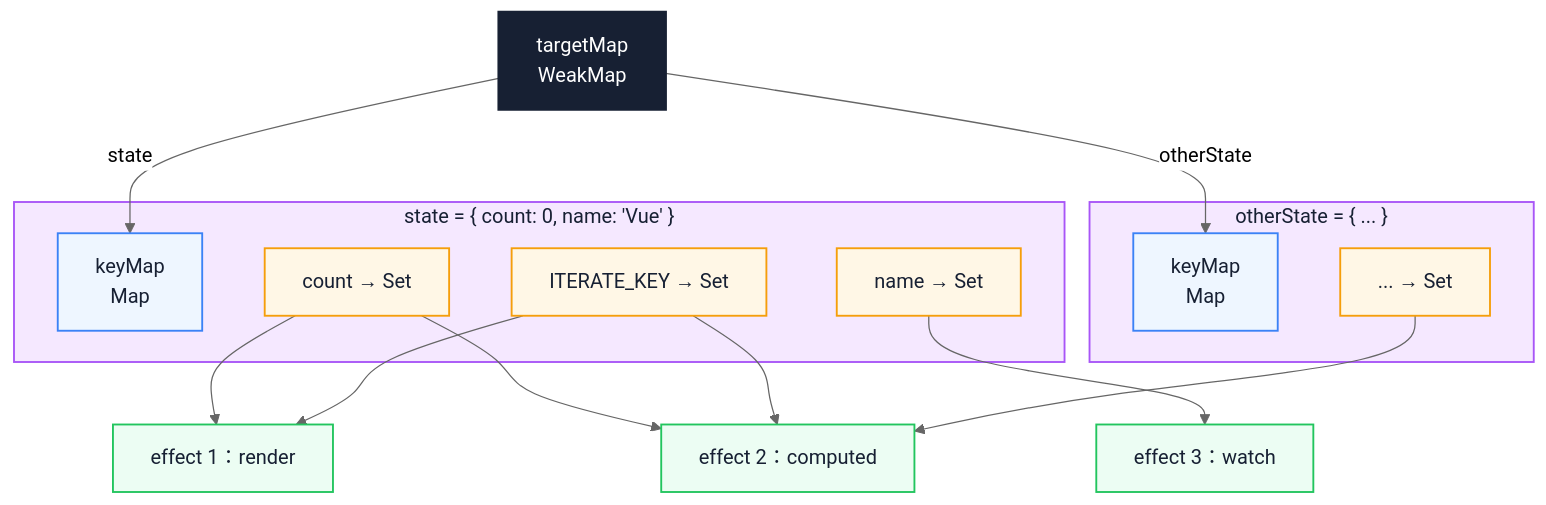
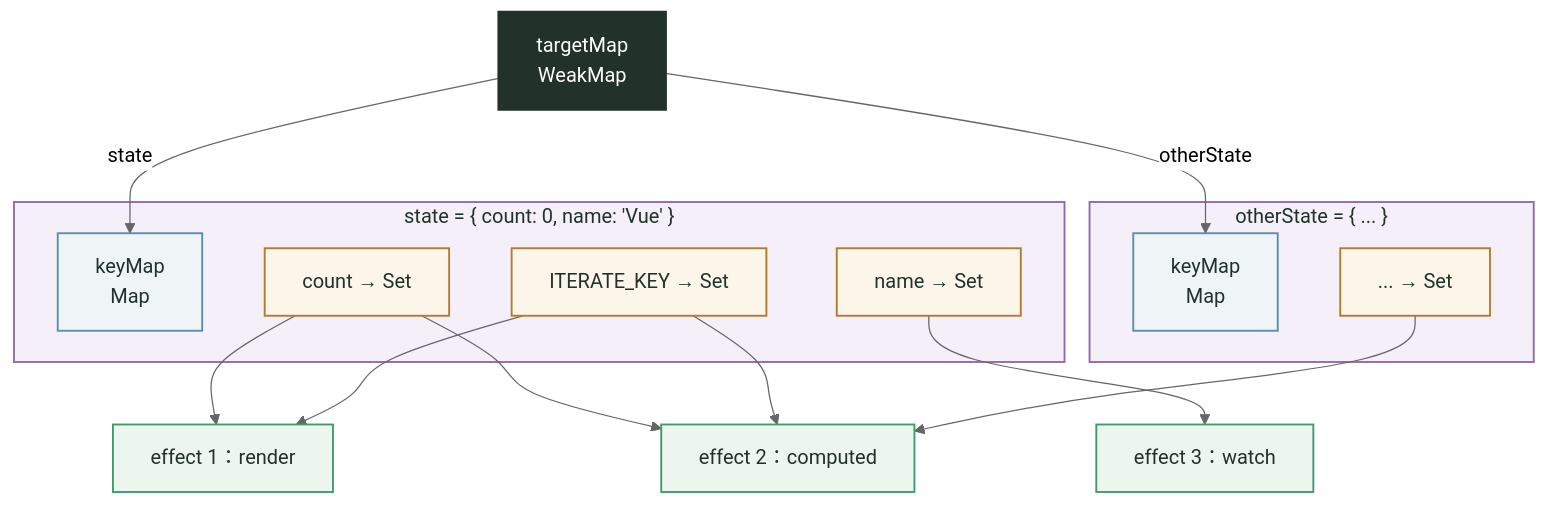
One commit to Fatejian/frontier-vault changed the first of 3 diagrams in docs/frameworks/vue3-reactivity.md. Above: the diagram before and after it, drawn with Mermaid (neutral theme). The commit also changed other lines of this file and 63 other files, not shown here.

````diff
--- a/docs/frameworks/vue3-reactivity.md
+++ b/docs/frameworks/vue3-reactivity.md
@@ -394,39 +394,39 @@
 ```mermaid
 flowchart TB
     TM["targetMap<br/>WeakMap"]
 
     subgraph T1["state = { count: 0, name: 'Vue' }"]
         K1["keyMap<br/>Map"]
         K1A["count → Set"]
         K1B["name → Set"]
         K1C["ITERATE_KEY → Set"]
     end
 
     subgraph T2["otherState = { ... }"]
         K2["keyMap<br/>Map"]
         K2A["... → Set"]
     end
 
     TM -->|state| K1
     TM -->|otherState| K2
 
     K1A --> E1["effect 1：render"]
     K1A --> E2["effect 2：computed"]
     K1B --> E3["effect 3：watch"]
     K1C --> E1
     K1C --> E2
 
     K2A --> E2
 
-    classDef core fill:#172033,color:#fff,stroke:#172033,stroke-width:2px;
-    classDef metric fill:#F5E8FF,stroke:#A855F7,color:#172033,stroke-width:1.5px;
-    classDef wait fill:#EEF6FF,stroke:#3B82F6,color:#172033,stroke-width:1.5px;
-    classDef block fill:#FFF7E6,stroke:#F59E0B,color:#172033,stroke-width:1.5px;
-    classDef work fill:#ECFDF3,stroke:#22C55E,color:#172033,stroke-width:1.5px;
+    classDef core fill:#22322B,color:#fff,stroke:#22322B,stroke-width:2px;
+    classDef metric fill:#F4EFF8,stroke:#8E6BA8,color:#22322B,stroke-width:1.5px;
+    classDef wait fill:#EFF5F7,stroke:#5B8CA8,color:#22322B,stroke-width:1.5px;
+    classDef block fill:#FBF5EA,stroke:#B27B2C,color:#22322B,stroke-width:1.5px;
+    classDef work fill:#EDF5EF,stroke:#3E9B6B,color:#22322B,stroke-width:1.5px;
 
     class TM core;
     class T1,T2 metric;
     class K1,K2 wait;
     class K1A,K1B,K1C,K2A block;
     class E1,E2,E3 work;
 ```
````
